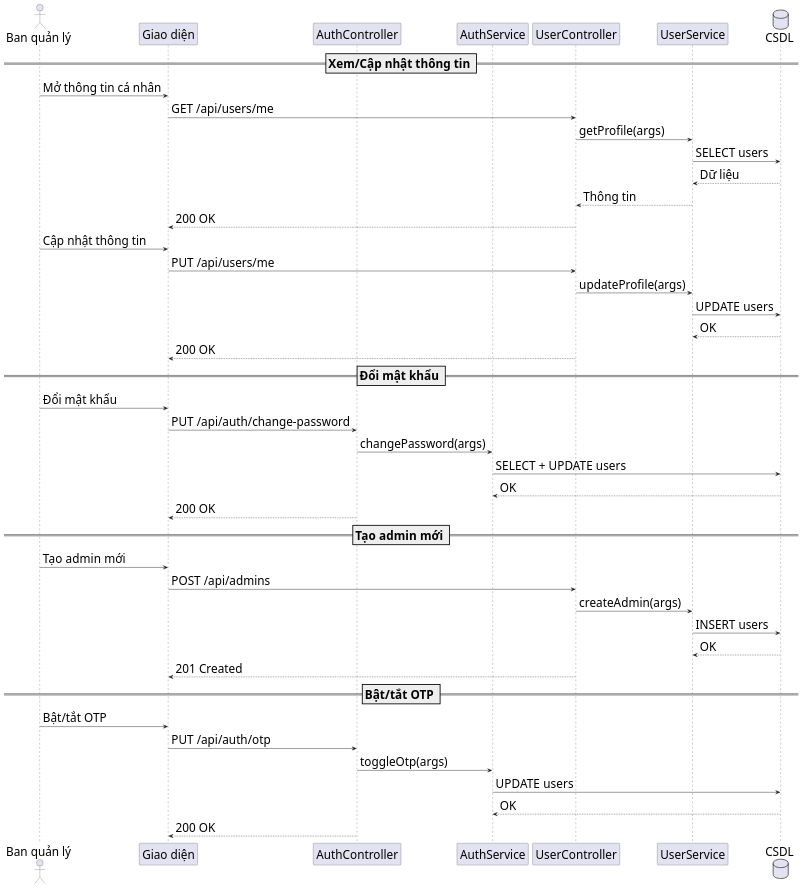
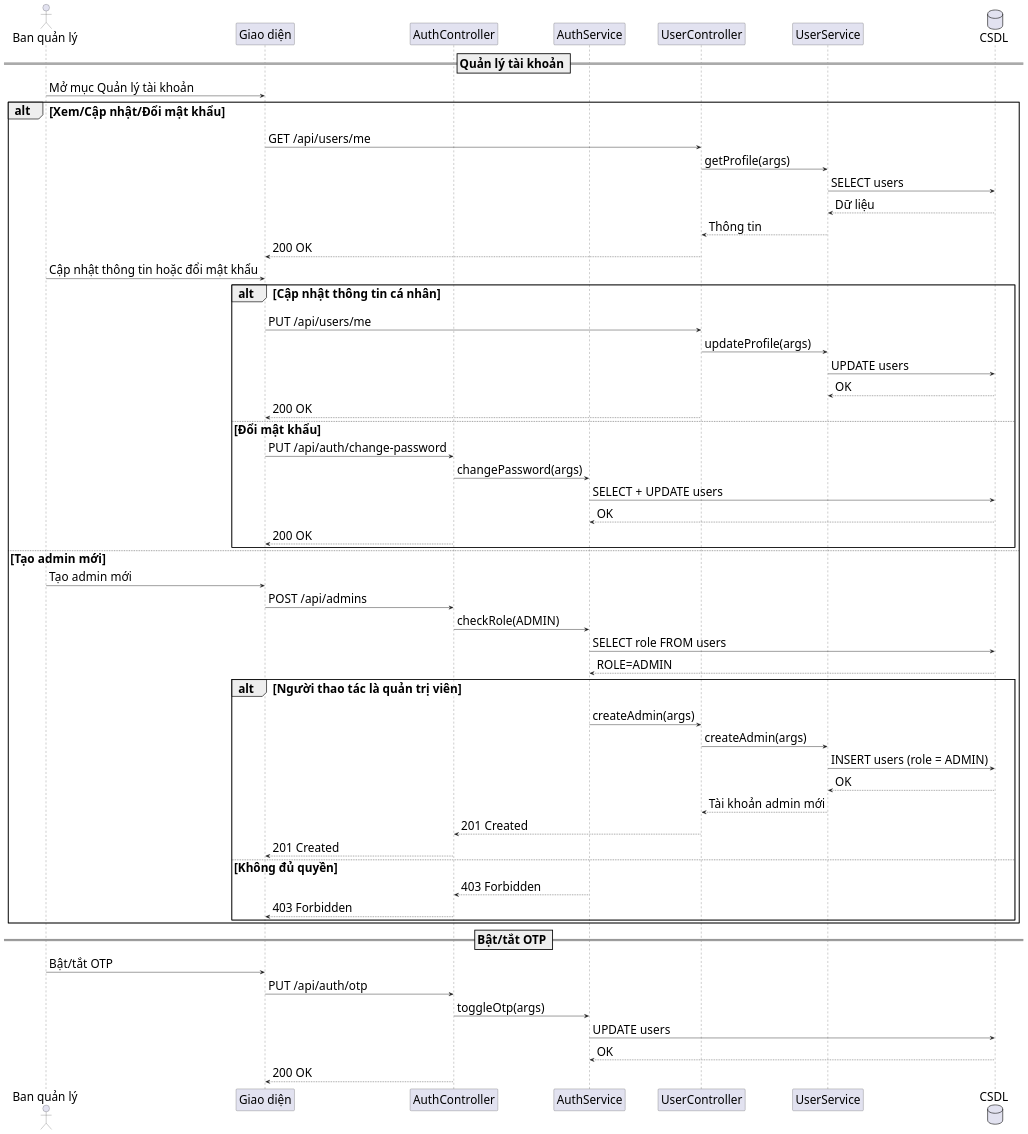
The diagram in diagrams/nhomtaikhoan/account_admin_sequence.puml (s0nbuildtech287/dormitory-frontend), drawn with PlantUML before and after one commit. The commit also changed 1 other file, not shown here.

```diff
--- a/diagrams/nhomtaikhoan/account_admin_sequence.puml
+++ b/diagrams/nhomtaikhoan/account_admin_sequence.puml
@@ -1,52 +1,64 @@
 @startuml "Admin Account Management Sequence"
 skinparam defaultFontSize 28
 skinparam defaultFontName "Times New Roman"
 skinparam sequenceMessageSize 28
 actor "Ban quản lý" as Admin
 participant "Giao diện" as FE
 participant "AuthController" as AuthC
 participant "AuthService" as AuthS
 participant "UserController" as UserC
 participant "UserService" as UserS
 database "CSDL" as DB
 
-== Xem/Cập nhật thông tin ==
-Admin -> FE: Mở thông tin cá nhân
-FE -> UserC: GET /api/users/me
-UserC -> UserS: getProfile(args)
-UserS -> DB: SELECT users
-DB --> UserS: Dữ liệu
-UserS --> UserC: Thông tin
-UserC --> FE: 200 OK
+== Quản lý tài khoản ==
+Admin -> FE: Mở mục Quản lý tài khoản
 
-Admin -> FE: Cập nhật thông tin
-FE -> UserC: PUT /api/users/me
-UserC -> UserS: updateProfile(args)
-UserS -> DB: UPDATE users
-DB --> UserS: OK
-UserC --> FE: 200 OK
-
-== Đổi mật khẩu ==
-Admin -> FE: Đổi mật khẩu
-FE -> AuthC: PUT /api/auth/change-password
-AuthC -> AuthS: changePassword(args)
-AuthS -> DB: SELECT + UPDATE users
-DB --> AuthS: OK
-AuthC --> FE: 200 OK
-
-== Tạo admin mới ==
-Admin -> FE: Tạo admin mới
-FE -> UserC: POST /api/admins
-UserC -> UserS: createAdmin(args)
-UserS -> DB: INSERT users
-DB --> UserS: OK
-UserC --> FE: 201 Created
+alt Xem/Cập nhật/Đổi mật khẩu
+	FE -> UserC: GET /api/users/me
+	UserC -> UserS: getProfile(args)
+	UserS -> DB: SELECT users
+	DB --> UserS: Dữ liệu
+	UserS --> UserC: Thông tin
+	UserC --> FE: 200 OK
+	Admin -> FE: Cập nhật thông tin hoặc đổi mật khẩu
+	alt Cập nhật thông tin cá nhân
+		FE -> UserC: PUT /api/users/me
+		UserC -> UserS: updateProfile(args)
+		UserS -> DB: UPDATE users
+		DB --> UserS: OK
+		UserC --> FE: 200 OK
+	else Đổi mật khẩu
+		FE -> AuthC: PUT /api/auth/change-password
+		AuthC -> AuthS: changePassword(args)
+		AuthS -> DB: SELECT + UPDATE users
+		DB --> AuthS: OK
+		AuthC --> FE: 200 OK
+	end
+else Tạo admin mới
+	Admin -> FE: Tạo admin mới
+	FE -> AuthC: POST /api/admins
+	AuthC -> AuthS: checkRole(ADMIN)
+	AuthS -> DB: SELECT role FROM users
+	DB --> AuthS: ROLE=ADMIN
+	alt Người thao tác là quản trị viên
+		AuthS -> UserC: createAdmin(args)
+		UserC -> UserS: createAdmin(args)
+		UserS -> DB: INSERT users (role = ADMIN)
+		DB --> UserS: OK
+		UserS --> UserC: Tài khoản admin mới
+		UserC --> AuthC: 201 Created
+		AuthC --> FE: 201 Created
+	else Không đủ quyền
+		AuthS --> AuthC: 403 Forbidden
+		AuthC --> FE: 403 Forbidden
+	end
+end
 
 == Bật/tắt OTP ==
 Admin -> FE: Bật/tắt OTP
 FE -> AuthC: PUT /api/auth/otp
 AuthC -> AuthS: toggleOtp(args)
 AuthS -> DB: UPDATE users
 DB --> AuthS: OK
 AuthC --> FE: 200 OK
 @enduml
```
